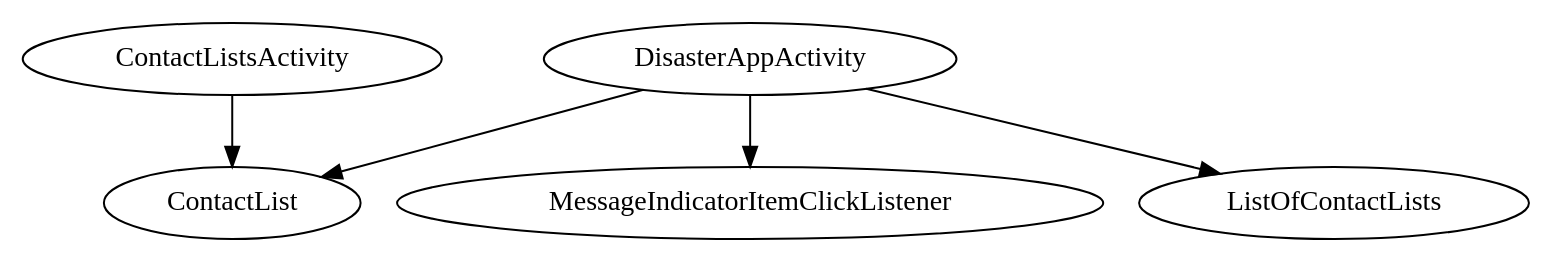
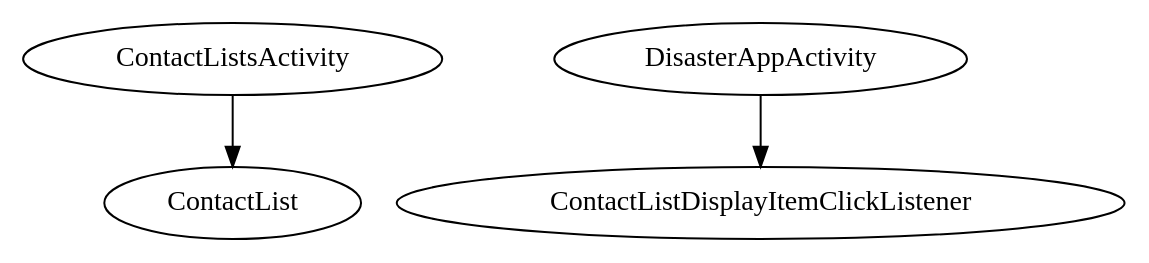
The diagram in DisasterAppActivity/.apt_generated/com/riis/dagger/DisasterAppObjectGraph.dot (riis/ProgrammingChallengeAndroid), drawn with Graphviz before and after one commit. The commit also changed 30 other files, not shown here.

Commit message:
DA-58/DA-59/DA69: Remade the home screen to display contact lists with their contacts. Also enabled the display of each contact's messages with their ping count. Updated appropriate unit tests accordingly.

```diff
--- a/DisasterAppActivity/.apt_generated/com/riis/dagger/DisasterAppObjectGraph.dot
+++ b/DisasterAppActivity/.apt_generated/com/riis/dagger/DisasterAppObjectGraph.dot
@@ -1,7 +1,5 @@
 digraph G1 {
   concentrate = true;
   ContactListsActivity -> ContactList;
-  DisasterAppActivity -> MessageIndicatorItemClickListener;
-  DisasterAppActivity -> ContactList;
-  DisasterAppActivity -> ListOfContactLists;
+  DisasterAppActivity -> ContactListDisplayItemClickListener;
 }
```
